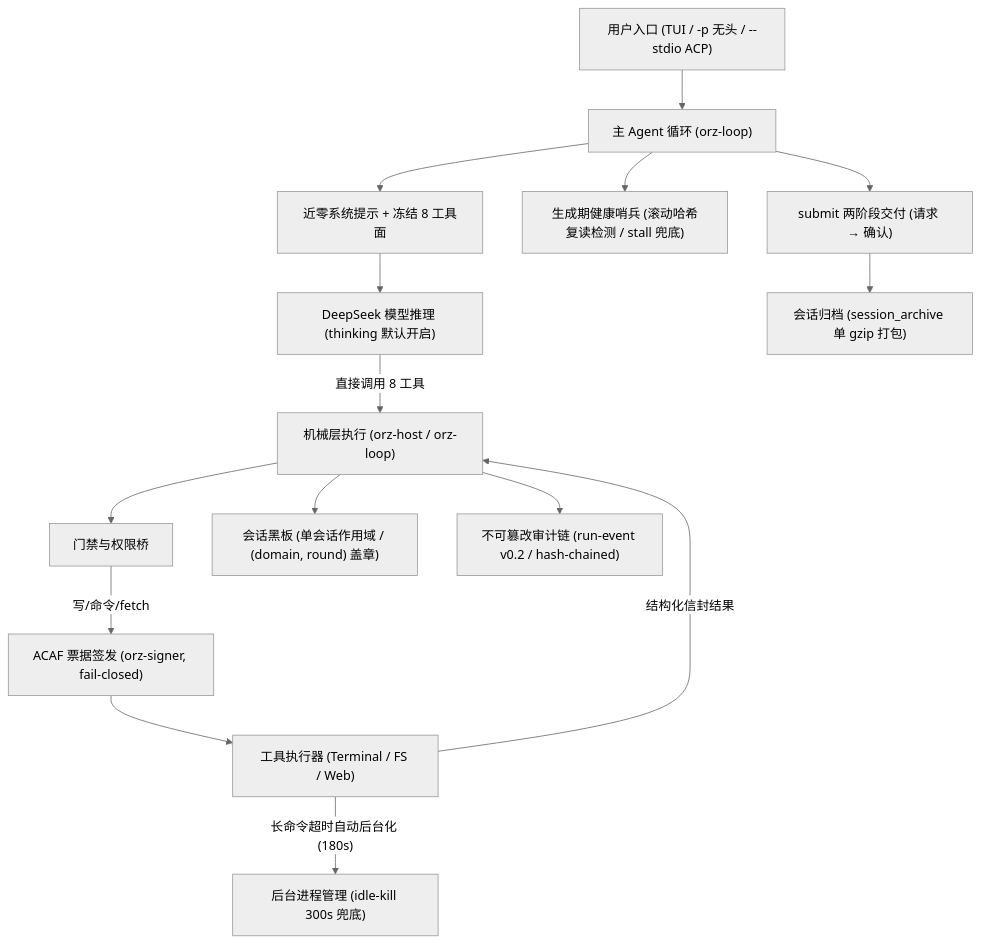
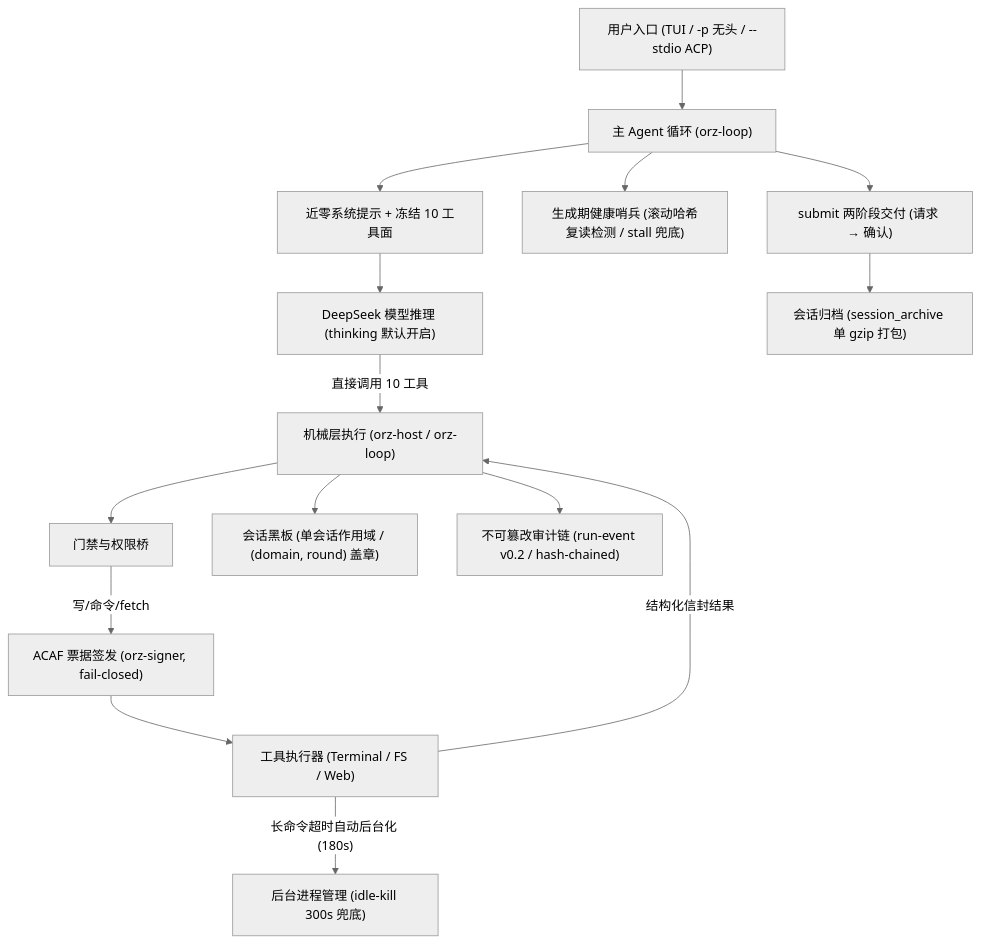
Before and after one commit to SilverWhite/orz: the diagram in architecture/current/README.md, drawn with Mermaid (neutral theme). The commit also changed other lines of this file and 4 other files, not shown here.

````diff
--- a/architecture/current/README.md
+++ b/architecture/current/README.md
@@ -13,22 +13,22 @@
 ```mermaid
 flowchart TD
     User["用户入口 (TUI / -p 无头 / --stdio ACP)"] --> Loop["主 Agent 循环 (orz-loop)"]
-    Loop --> Prompt["近零系统提示 + 冻结 8 工具面"]
+    Loop --> Prompt["近零系统提示 + 冻结 10 工具面"]
     Prompt --> Model["DeepSeek 模型推理 (thinking 默认开启)"]
 
-    Model -->|"直接调用 8 工具"| HostExec["机械层执行 (orz-host / orz-loop)"]
+    Model -->|"直接调用 10 工具"| HostExec["机械层执行 (orz-host / orz-loop)"]
 
     HostExec --> Gate["门禁与权限桥"]
     Gate -->|"写/命令/fetch"| ACAF["ACAF 票据签发 (orz-signer, fail-closed)"]
     ACAF --> ToolRun["工具执行器 (Terminal / FS / Web)"]
 
     ToolRun -->|"长命令超时自动后台化 (180s)"| BgProc["后台进程管理 (idle-kill 300s 兜底)"]
     ToolRun -->|"结构化信封结果"| HostExec
 
     HostExec --> Blackboard["会话黑板 (单会话作用域 / (domain, round) 盖章)"]
     HostExec --> Journal["不可篡改审计链 (run-event v0.2 / hash-chained)"]
 
     Loop --> Guard["生成期健康哨兵 (滚动哈希复读检测 / stall 兜底)"]
     Loop --> Delivery["submit 两阶段交付 (请求 → 确认)"]
     Delivery --> Close["会话归档 (session_archive 单 gzip 打包)"]
 ```
````
